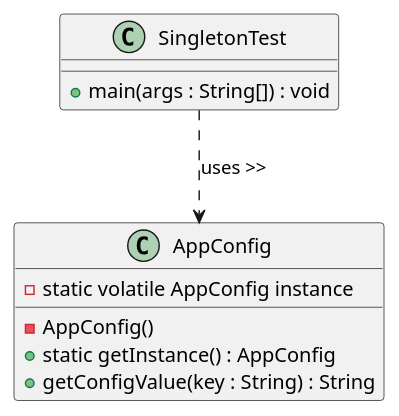
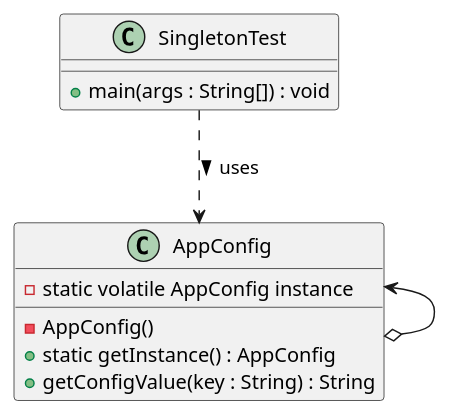
Before and after one commit to xiwuqi/Software-design-homework: the diagram in src/main/java/com/example/homework/Singleton_pattern/Singleton_pattern.puml, drawn with PlantUML. The commit also changed 5 other files, not shown here.

```diff
--- a/src/main/java/com/example/homework/Singleton_pattern/Singleton_pattern.puml
+++ b/src/main/java/com/example/homework/Singleton_pattern/Singleton_pattern.puml
@@ -1,17 +1,18 @@
 @startuml
 
 class AppConfig {
     - static volatile AppConfig instance
     - AppConfig()
     + static getInstance() : AppConfig
     + getConfigValue(key : String) : String
 }
 
 class SingletonTest {
     + main(args : String[]) : void
 }
 
 
-SingletonTest .down.> AppConfig : uses >>
+SingletonTest .down.> AppConfig : uses >
+AppConfig <--o AppConfig
 
 @enduml
```
